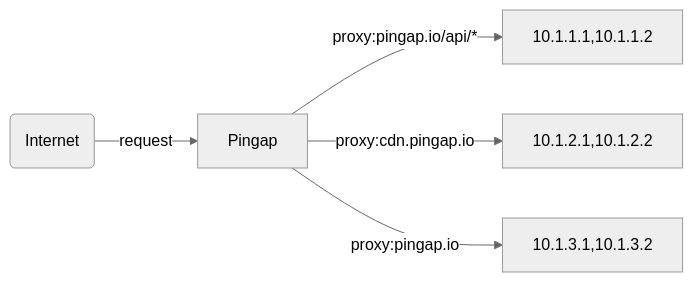
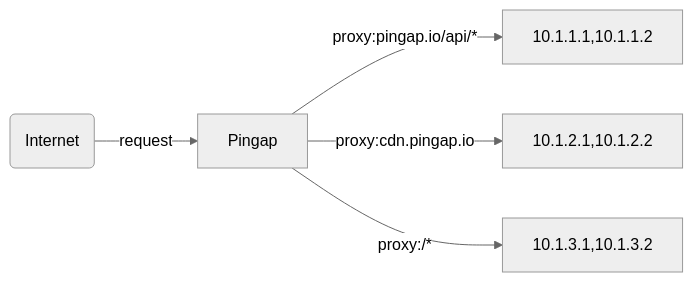
Before and after one commit to vicanso/pingap: the first of 2 diagrams in README.md, drawn with Mermaid (neutral theme). The commit also changed other lines of this file and 2 other files, not shown here.

````diff
--- a/README.md
+++ b/README.md
@@ -13,7 +13,7 @@
 ```mermaid
 flowchart LR
   internet("Internet") -- request --> pingap["Pingap"]
   pingap -- proxy:pingap.io/api/* --> apiUpstream["10.1.1.1,10.1.1.2"]
   pingap -- proxy:cdn.pingap.io --> cdnUpstream["10.1.2.1,10.1.2.2"]
-  pingap -- proxy:pingap.io --> upstream["10.1.3.1,10.1.3.2"]
+  pingap -- proxy:/* --> upstream["10.1.3.1,10.1.3.2"]
 ```
````
